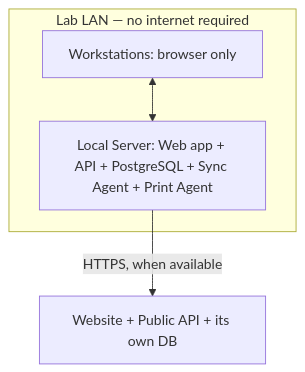
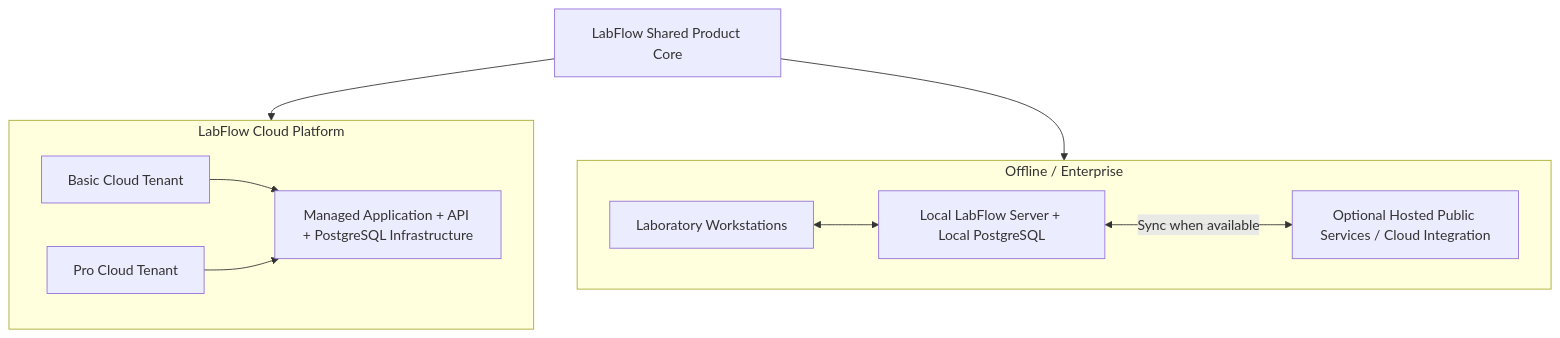
The third of 3 diagrams in docs/README.md (zaighaumrana/lab-software), drawn with Mermaid before and after one commit. The commit also changed other lines of this file, not shown here.

First line of the commit message:
Revise README for LabFlow product updates

````diff
--- a/docs/README.md
+++ b/docs/README.md
@@ -72,9 +267,25 @@
-```mermaid
+```mermaid id="vq3ovm"
 flowchart TD
-    subgraph LAN["Lab LAN — no internet required"]
-        WS[Workstations: browser only]
-        SRV[Local Server: Web app + API + PostgreSQL + Sync Agent + Print Agent]
-        WS <--> SRV
+    CORE[LabFlow Shared Product Core]
+
+    subgraph CLOUD["LabFlow Cloud Platform"]
+        BASIC[Basic Cloud Tenant]
+        PRO[Pro Cloud Tenant]
+        SAAS[Managed Application + API + PostgreSQL Infrastructure]
+
+        BASIC --> SAAS
+        PRO --> SAAS
     end
-    SRV -->|HTTPS, when available| WEB[Website + Public API + its own DB]
+
+    subgraph ENTERPRISE["Offline / Enterprise"]
+        WS[Laboratory Workstations]
+        LOCAL[Local LabFlow Server + Local PostgreSQL]
+        WS <--> LOCAL
+
+        HYBRID[Optional Hosted Public Services / Cloud Integration]
+        LOCAL <-->|Sync when available| HYBRID
+    end
+
+    CORE --> CLOUD
+    CORE --> ENTERPRISE
 ```
````
